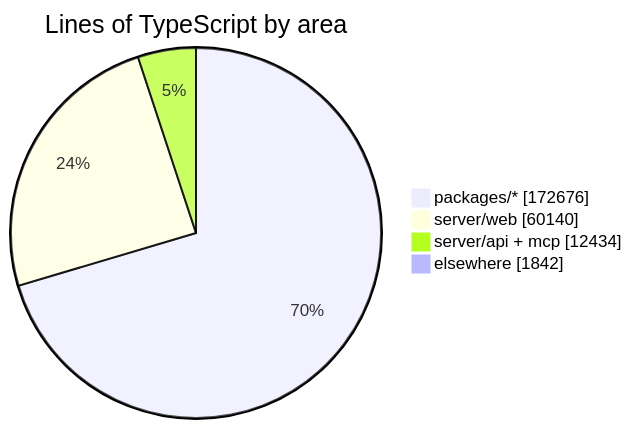
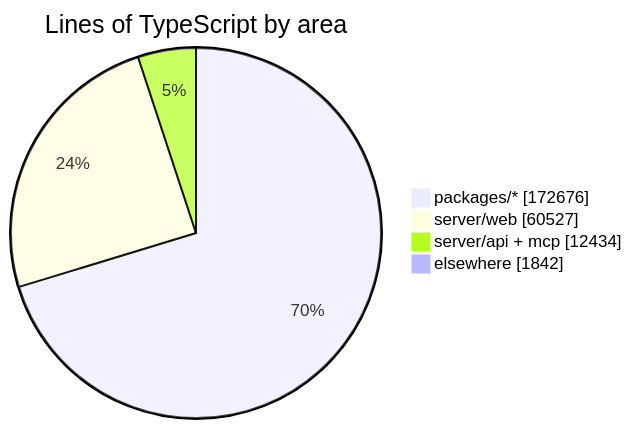
Before and after one commit to crossworks-engineering/mantle: the diagram in README.md, drawn with Mermaid. The commit also changed other lines of this file and 2 other files, not shown here.

````diff
--- a/README.md
+++ b/README.md
@@ -279,7 +279,7 @@
 ```mermaid
 pie showData title Lines of TypeScript by area
     "packages/*" : 172676
-    "server/web" : 60140
+    "server/web" : 60527
     "server/api + mcp" : 12434
     "elsewhere" : 1842
 ```
````
